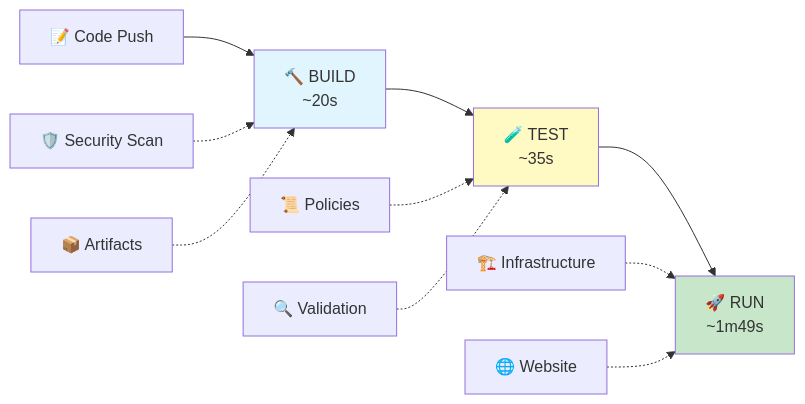
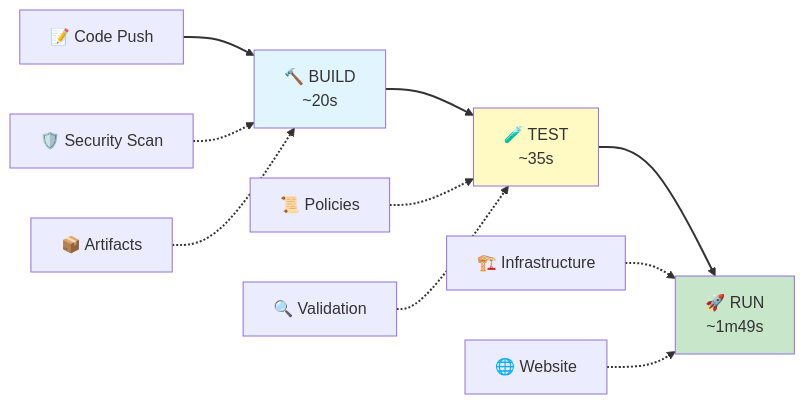
One commit to Celtikill/static-site changed the first of 6 diagrams in docs/ci-cd.md. Above: the diagram before and after it, drawn with Mermaid. The commit also changed other lines of this file and 17 other files, not shown here.

````diff
--- a/docs/ci-cd.md
+++ b/docs/ci-cd.md
@@ -14,17 +14,31 @@
 ```mermaid
+%%{init: {'theme':'default', 'themeVariables': {'fontSize':'16px'}}}%%
 graph LR
+    accTitle: Three-Phase CI/CD Pipeline Overview
+    accDescr: High-level overview of the three-phase continuous integration and deployment pipeline with associated security and quality gates. Code pushes trigger the BUILD phase (~20 seconds) which performs security scanning with Checkov and Trivy while creating deployment artifacts. Upon BUILD success, the TEST phase (~35 seconds) executes OPA policy validation for security and compliance checks along with Terraform validation. After TEST passes, the RUN phase (~1m49s) orchestrates infrastructure deployment via OpenTofu and website deployment to S3 and CloudFront. This progressive pipeline architecture implements fail-fast principles with each phase gating the next, ensuring security vulnerabilities and policy violations are detected early before any infrastructure changes occur. The total end-to-end execution time of approximately 2 minutes 44 seconds provides rapid feedback while maintaining comprehensive security validation. This approach reduces remediation costs by catching issues early in the development lifecycle.
+
     A["📝 Code Push"] --> B["🔨 BUILD<br/>~20s"]
     B --> C["🧪 TEST<br/>~35s"]
     C --> D["🚀 RUN<br/>~1m49s"]
 
     B1["🛡️ Security Scan"] -.-> B
     B2["📦 Artifacts"] -.-> B
     C1["📜 Policies"] -.-> C
     C2["🔍 Validation"] -.-> C
     D1["🏗️ Infrastructure"] -.-> D
     D2["🌐 Website"] -.-> D
 
     style B fill:#e1f5fe
     style C fill:#fff9c4
     style D fill:#c8e6c9
+
+    linkStyle 0 stroke:#333333,stroke-width:2px
+    linkStyle 1 stroke:#333333,stroke-width:2px
+    linkStyle 2 stroke:#333333,stroke-width:2px
+    linkStyle 3 stroke:#333333,stroke-width:2px
+    linkStyle 4 stroke:#333333,stroke-width:2px
+    linkStyle 5 stroke:#333333,stroke-width:2px
+    linkStyle 6 stroke:#333333,stroke-width:2px
+    linkStyle 7 stroke:#333333,stroke-width:2px
+    linkStyle 8 stroke:#333333,stroke-width:2px
 ```
````
